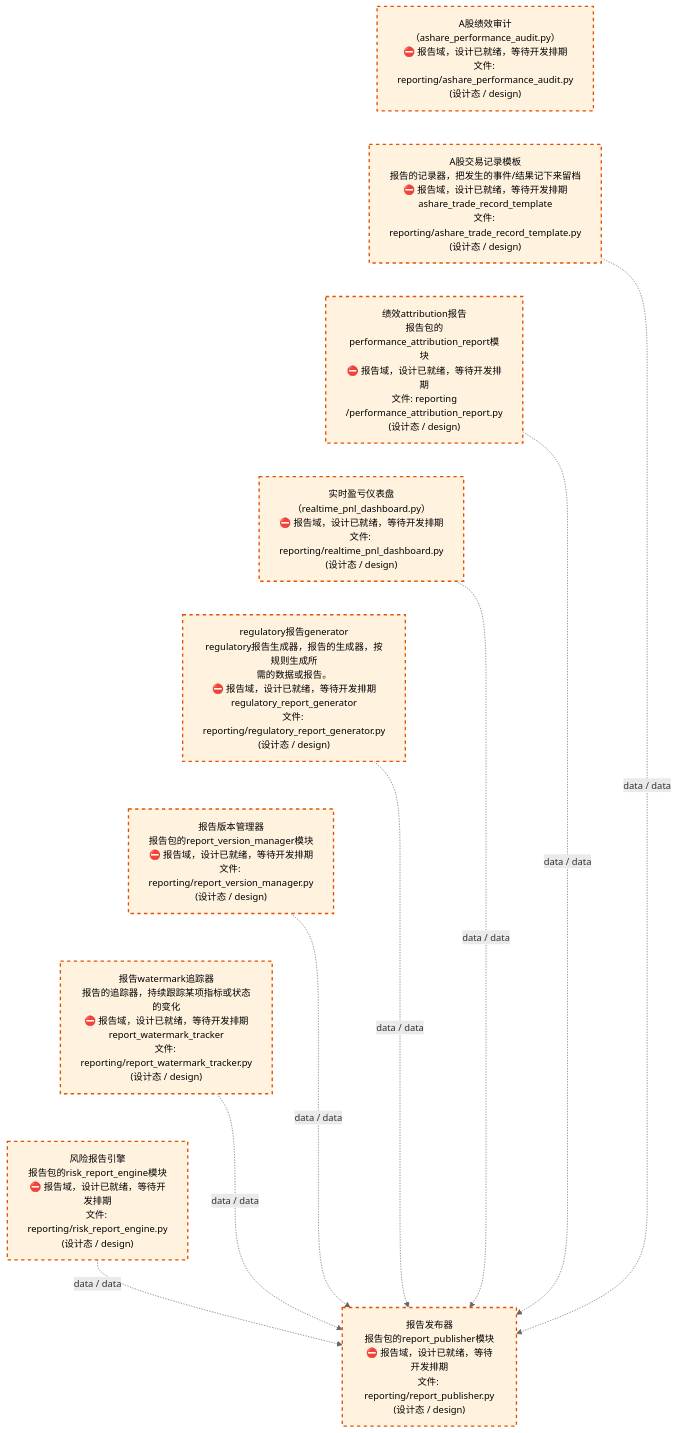
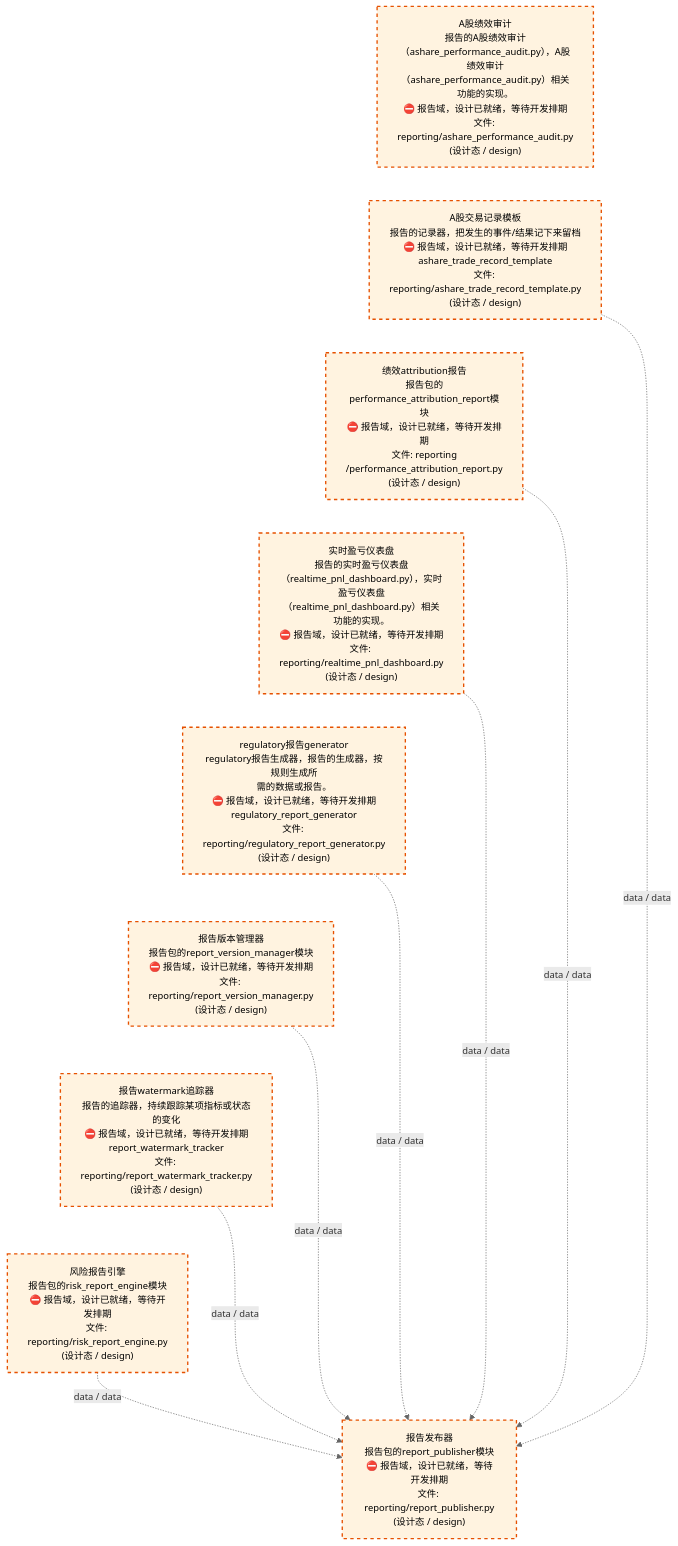
The third of 4 diagrams in docs/02_enterprise_architecture/02_domain_architecture_docs/26_d_reporting.md (xuanFelixVan/ZephyrAlpha), drawn with Mermaid before and after one commit. The commit also changed other lines of this file and 48 other files, not shown here.

````diff
--- a/docs/02_enterprise_architecture/02_domain_architecture_docs/26_d_reporting.md
+++ b/docs/02_enterprise_architecture/02_domain_architecture_docs/26_d_reporting.md
@@ -137,32 +137,32 @@
 ```mermaid
 %%{init: {'theme': 'base', 'themeVariables': {'primaryColor': '#eaeaea', 'primaryTextColor': '#333333', 'primaryBorderColor': '#666666', 'lineColor': '#666666', 'secondaryColor': '#eaeaea', 'tertiaryColor': '#eaeaea', 'fontSize': '14px'}}}%%
 flowchart TD
-    src_zephyr_reporting_ashare_performance_audit_py["A股绩效审计<br/>（ashare_performance_audit.py）<br/>⛔ 报告域，设计已就绪，等待开发排期<br/>文件: reporting/ashare_performance_audit.py<br/>(设计态 / design)"]
+    src_zephyr_reporting_ashare_performance_audit_py["A股绩效审计<br/>报告的A股绩效审计<br/>（ashare_performance_audit.py），A股绩效审计<br/>（ashare_performance_audit.py）相关功能的实现。<br/>⛔ 报告域，设计已就绪，等待开发排期<br/>文件: reporting/ashare_performance_audit.py<br/>(设计态 / design)"]
     src_zephyr_reporting_ashare_trade_record_template_py["A股交易记录模板<br/>报告的记录器，把发生的事件/结果记下来留档<br/>⛔ 报告域，设计已就绪，等待开发排期<br/>ashare_trade_record_template<br/>文件: reporting/ashare_trade_record_template.py<br/>(设计态 / design)"]
     src_zephyr_reporting_performance_attribution_report_py["绩效attribution报告<br/>报告包的performance_attribution_report模块<br/>⛔ 报告域，设计已就绪，等待开发排期<br/>文件: reporting<br/>/performance_attribution_report.py<br/>(设计态 / design)"]
-    src_zephyr_reporting_realtime_pnl_dashboard_py["实时盈亏仪表盘<br/>（realtime_pnl_dashboard.py）<br/>⛔ 报告域，设计已就绪，等待开发排期<br/>文件: reporting/realtime_pnl_dashboard.py<br/>(设计态 / design)"]
+    src_zephyr_reporting_realtime_pnl_dashboard_py["实时盈亏仪表盘<br/>报告的实时盈亏仪表盘<br/>（realtime_pnl_dashboard.py），实时盈亏仪表盘<br/>（realtime_pnl_dashboard.py）相关功能的实现。<br/>⛔ 报告域，设计已就绪，等待开发排期<br/>文件: reporting/realtime_pnl_dashboard.py<br/>(设计态 / design)"]
     src_zephyr_reporting_regulatory_report_generator_py["regulatory报告generator<br/>regulatory报告生成器，报告的生成器，按规则生成所<br/>需的数据或报告。<br/>⛔ 报告域，设计已就绪，等待开发排期<br/>regulatory_report_generator<br/>文件: reporting/regulatory_report_generator.py<br/>(设计态 / design)"]
     src_zephyr_reporting_report_version_manager_py["报告版本管理器<br/>报告包的report_version_manager模块<br/>⛔ 报告域，设计已就绪，等待开发排期<br/>文件: reporting/report_version_manager.py<br/>(设计态 / design)"]
     src_zephyr_reporting_report_watermark_tracker_py["报告watermark追踪器<br/>报告的追踪器，持续跟踪某项指标或状态的变化<br/>⛔ 报告域，设计已就绪，等待开发排期<br/>report_watermark_tracker<br/>文件: reporting/report_watermark_tracker.py<br/>(设计态 / design)"]
     src_zephyr_reporting_risk_report_engine_py["风险报告引擎<br/>报告包的risk_report_engine模块<br/>⛔ 报告域，设计已就绪，等待开发排期<br/>文件: reporting/risk_report_engine.py<br/>(设计态 / design)"]
     src_zephyr_reporting_ashare_performance_audit_py ~~~ src_zephyr_reporting_ashare_trade_record_template_py
     src_zephyr_reporting_ashare_trade_record_template_py ~~~ src_zephyr_reporting_performance_attribution_report_py
     src_zephyr_reporting_performance_attribution_report_py ~~~ src_zephyr_reporting_realtime_pnl_dashboard_py
     src_zephyr_reporting_realtime_pnl_dashboard_py ~~~ src_zephyr_reporting_regulatory_report_generator_py
     src_zephyr_reporting_regulatory_report_generator_py ~~~ src_zephyr_reporting_report_version_manager_py
     src_zephyr_reporting_report_version_manager_py ~~~ src_zephyr_reporting_report_watermark_tracker_py
     src_zephyr_reporting_report_watermark_tracker_py ~~~ src_zephyr_reporting_risk_report_engine_py
     src_zephyr_reporting_report_publisher_py["报告发布器<br/>报告包的report_publisher模块<br/>⛔ 报告域，设计已就绪，等待开发排期<br/>文件: reporting/report_publisher.py<br/>(设计态 / design)"]
     src_zephyr_reporting_ashare_trade_record_template_py -.->|data / data| src_zephyr_reporting_report_publisher_py
     src_zephyr_reporting_realtime_pnl_dashboard_py -.->|data / data| src_zephyr_reporting_report_publisher_py
     src_zephyr_reporting_regulatory_report_generator_py -.->|data / data| src_zephyr_reporting_report_publisher_py
     src_zephyr_reporting_risk_report_engine_py -.->|data / data| src_zephyr_reporting_report_publisher_py
     src_zephyr_reporting_report_version_manager_py -.->|data / data| src_zephyr_reporting_report_publisher_py
     src_zephyr_reporting_performance_attribution_report_py -.->|data / data| src_zephyr_reporting_report_publisher_py
     src_zephyr_reporting_report_watermark_tracker_py -.->|data / data| src_zephyr_reporting_report_publisher_py
     classDef production fill:#e1f5fe,stroke:#01579b,stroke-width:2px,color:#000
     classDef design fill:#fff3e0,stroke:#e65100,stroke-width:2px,color:#000,stroke-dasharray: 5 5
     classDef external_prod fill:#e8f4fd,stroke:#0277bd,stroke-width:1px,color:#000
     classDef external_design fill:#fff8e7,stroke:#ef6c00,stroke-width:1px,color:#000,stroke-dasharray: 5 5
     class src_zephyr_reporting_ashare_performance_audit_py,src_zephyr_reporting_ashare_trade_record_template_py,src_zephyr_reporting_performance_attribution_report_py,src_zephyr_reporting_realtime_pnl_dashboard_py,src_zephyr_reporting_regulatory_report_generator_py,src_zephyr_reporting_report_publisher_py,src_zephyr_reporting_report_version_manager_py,src_zephyr_reporting_report_watermark_tracker_py,src_zephyr_reporting_risk_report_engine_py design
 ```
````
